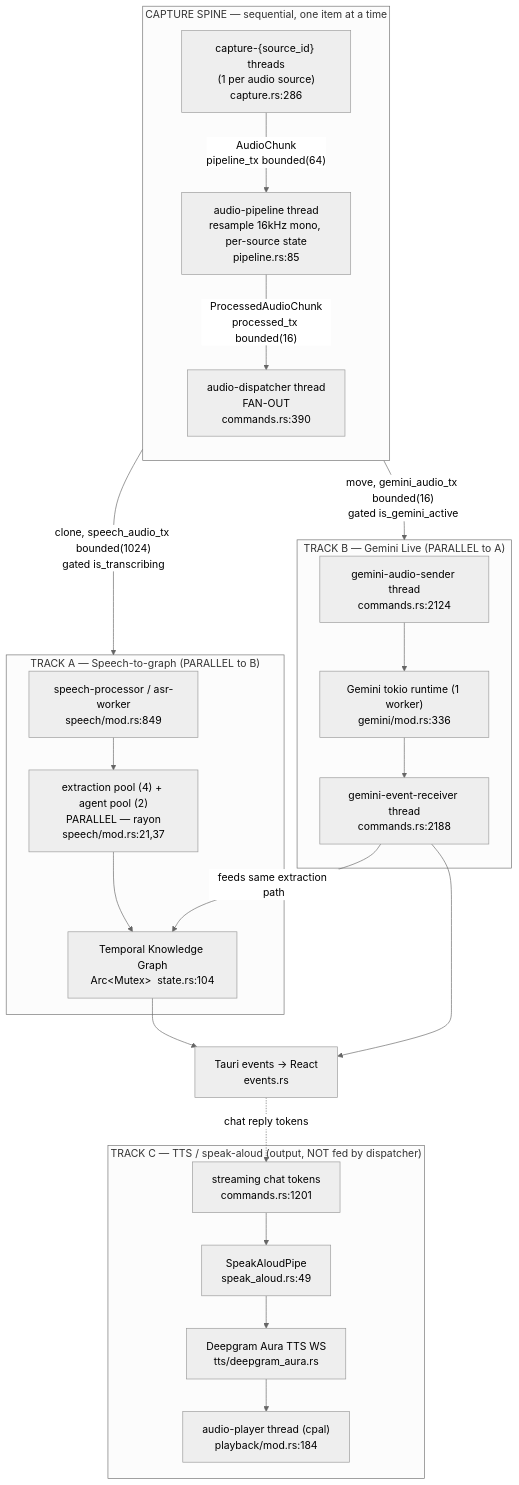
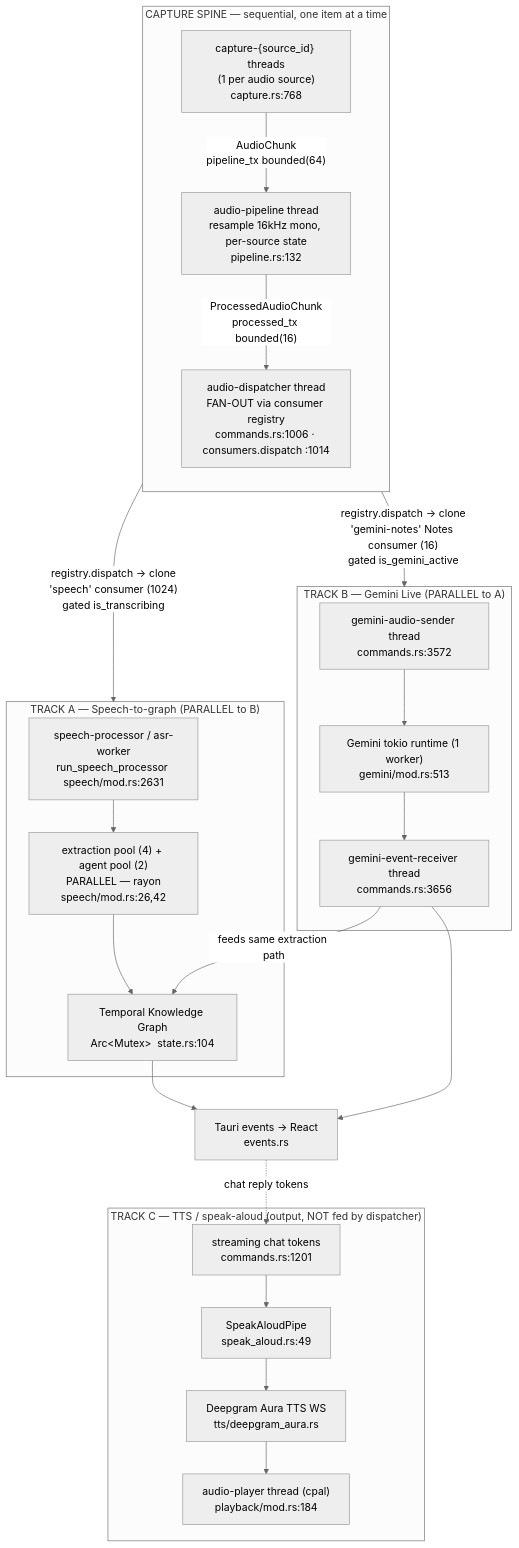
Before and after one commit to Codeseys-Labs/audio-graph: the first of 11 diagrams in docs/DATA_FLOW.md, drawn with Mermaid (neutral theme). The commit also changed other lines of this file and 2 other files, not shown here.

First line of the commit message:
docs(audio-pipeline): refresh guide + inline docs (seed audio-graph-53a6)

````diff
--- a/docs/DATA_FLOW.md
+++ b/docs/DATA_FLOW.md
@@ -58,42 +58,42 @@
 ```mermaid
 flowchart TD
     subgraph SPINE["CAPTURE SPINE — sequential, one item at a time"]
         direction TB
-        CAP["capture-{source_id} threads<br/>(1 per audio source)<br/>capture.rs:286"]
-        PIPE["audio-pipeline thread<br/>resample 16kHz mono, per-source state<br/>pipeline.rs:85"]
-        DISP["audio-dispatcher thread<br/>FAN-OUT<br/>commands.rs:390"]
+        CAP["capture-{source_id} threads<br/>(1 per audio source)<br/>capture.rs:768"]
+        PIPE["audio-pipeline thread<br/>resample 16kHz mono, per-source state<br/>pipeline.rs:132"]
+        DISP["audio-dispatcher thread<br/>FAN-OUT via consumer registry<br/>commands.rs:1006 · consumers.dispatch :1014"]
         CAP -->|"AudioChunk<br/>pipeline_tx bounded(64)"| PIPE
         PIPE -->|"ProcessedAudioChunk<br/>processed_tx bounded(16)"| DISP
     end
 
-    DISP -->|"clone, speech_audio_tx bounded(1024)<br/>gated is_transcribing"| TRACKA
-    DISP -->|"move, gemini_audio_tx bounded(16)<br/>gated is_gemini_active"| TRACKB
+    DISP -->|"registry.dispatch → clone<br/>'speech' consumer (1024)<br/>gated is_transcribing"| TRACKA
+    DISP -->|"registry.dispatch → clone<br/>'gemini-notes' Notes consumer (16)<br/>gated is_gemini_active"| TRACKB
 
     subgraph TRACKA["TRACK A — Speech-to-graph  (PARALLEL to B)"]
-        SPEECH["speech-processor / asr-worker<br/>speech/mod.rs:849"]
-        POOLS["extraction pool (4) + agent pool (2)<br/>PARALLEL — rayon<br/>speech/mod.rs:21,37"]
+        SPEECH["speech-processor / asr-worker<br/>run_speech_processor speech/mod.rs:2631"]
+        POOLS["extraction pool (4) + agent pool (2)<br/>PARALLEL — rayon<br/>speech/mod.rs:26,42"]
         GRAPH["Temporal Knowledge Graph<br/>Arc&lt;Mutex&gt;  state.rs:104"]
         SPEECH --> POOLS --> GRAPH
     end
 
     subgraph TRACKB["TRACK B — Gemini Live  (PARALLEL to A)"]
-        GSEND["gemini-audio-sender thread<br/>commands.rs:2124"]
-        GRT["Gemini tokio runtime (1 worker)<br/>gemini/mod.rs:336"]
-        GEVT["gemini-event-receiver thread<br/>commands.rs:2188"]
+        GSEND["gemini-audio-sender thread<br/>commands.rs:3572"]
+        GRT["Gemini tokio runtime (1 worker)<br/>gemini/mod.rs:513"]
+        GEVT["gemini-event-receiver thread<br/>commands.rs:3656"]
         GSEND --> GRT --> GEVT
         GEVT -->|"feeds same extraction path"| GRAPH
     end
 
     GRAPH --> EVENTS["Tauri events → React<br/>events.rs"]
     GEVT --> EVENTS
 
     subgraph TRACKC["TRACK C — TTS / speak-aloud (output, NOT fed by dispatcher)"]
         CHATTOK["streaming chat tokens<br/>commands.rs:1201"]
         SPEAK["SpeakAloudPipe<br/>speak_aloud.rs:49"]
         TTSWS["Deepgram Aura TTS WS<br/>tts/deepgram_aura.rs"]
         PLAY["audio-player thread (cpal)<br/>playback/mod.rs:184"]
         CHATTOK --> SPEAK --> TTSWS --> PLAY
     end
 
     EVENTS -.->|"chat reply tokens"| CHATTOK
 ```
````
